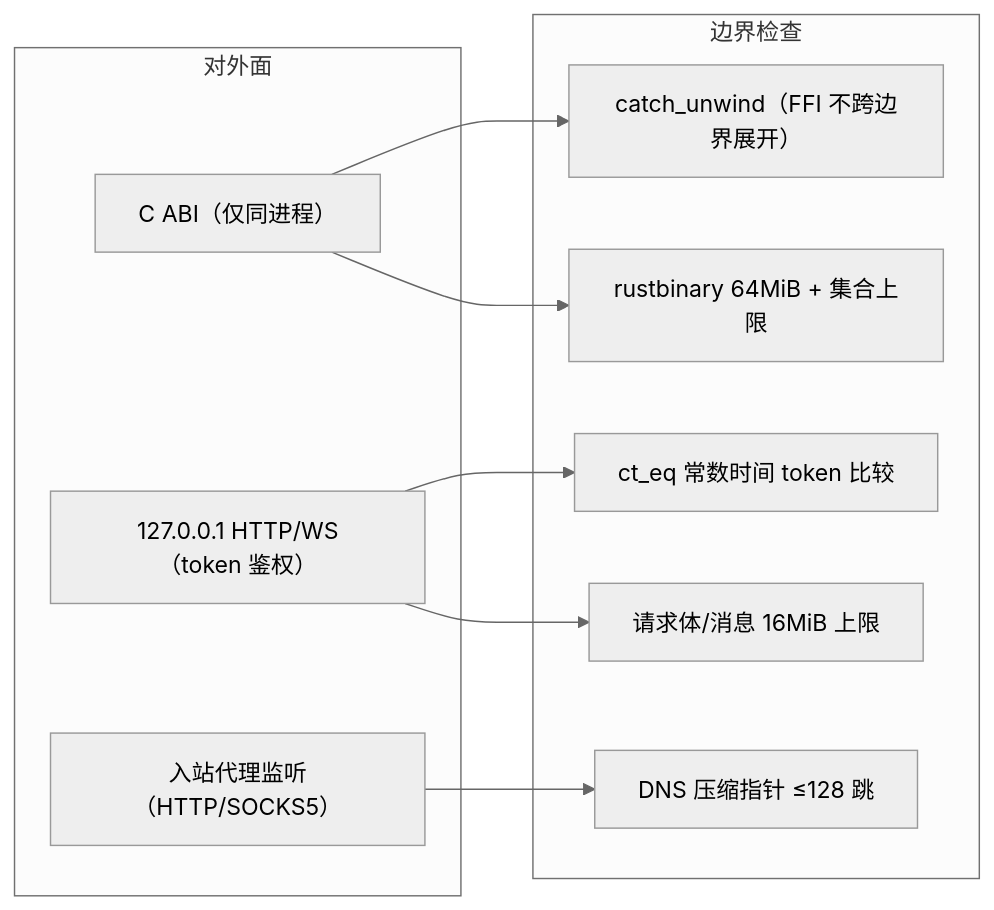
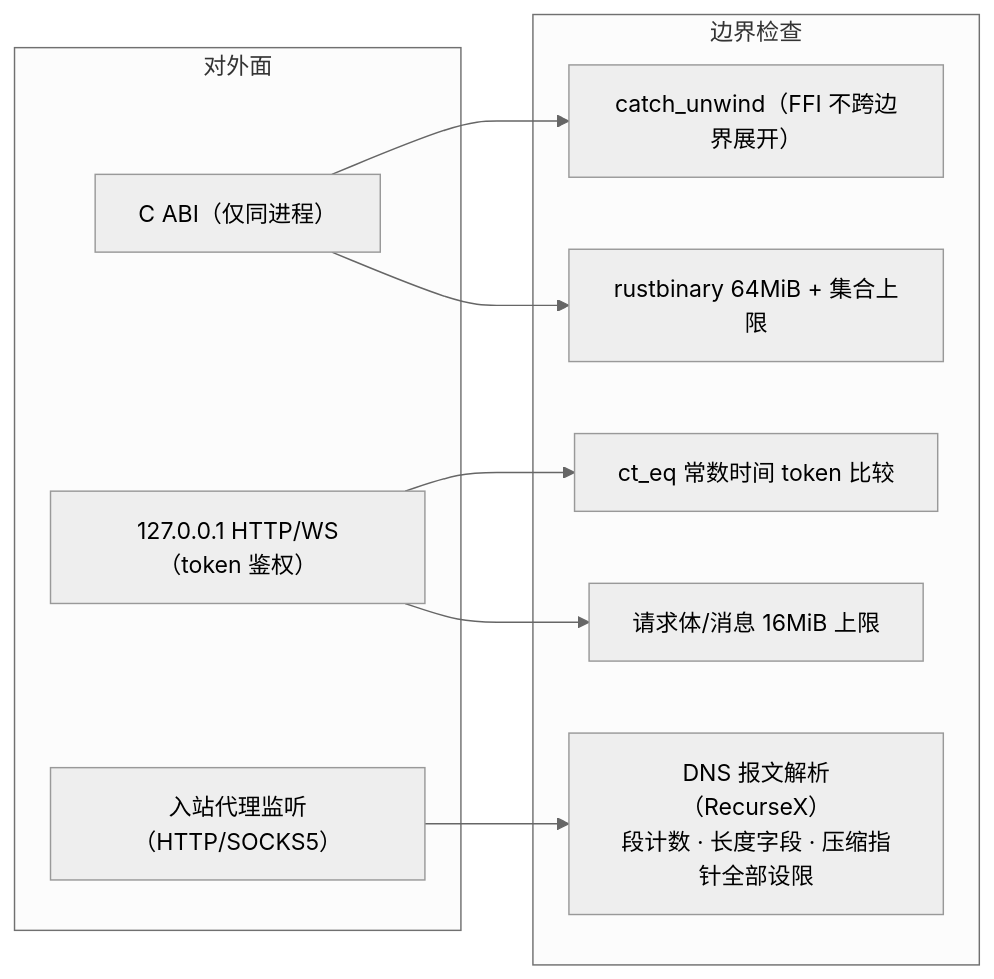
One commit to blueokanna/Corduit changed the seventh of 7 diagrams in wiki/Architecture.md. Above: the diagram before and after it, drawn with Mermaid (neutral theme). The commit also changed other lines of this file and 94 other files, not shown here.

````diff
--- a/wiki/Architecture.md
+++ b/wiki/Architecture.md
@@ -180,20 +180,20 @@
 ```mermaid
 flowchart LR
     subgraph 对外面
         FFI["C ABI（仅同进程）"]
         RPC["127.0.0.1 HTTP/WS（token 鉴权）"]
         INBOUND["入站代理监听（HTTP/SOCKS5）"]
     end
     subgraph 边界检查
         V1["catch_unwind（FFI 不跨边界展开）"]
         V2["ct_eq 常数时间 token 比较"]
         V3["请求体/消息 16MiB 上限"]
         V4["rustbinary 64MiB + 集合上限"]
-        V5["DNS 压缩指针 ≤128 跳"]
+        V5["DNS 报文解析（RecurseX）<br/>段计数 · 长度字段 · 压缩指针全部设限"]
     end
     FFI --> V1
     RPC --> V2
     RPC --> V3
     FFI --> V4
     INBOUND --> V5
 ```
````
